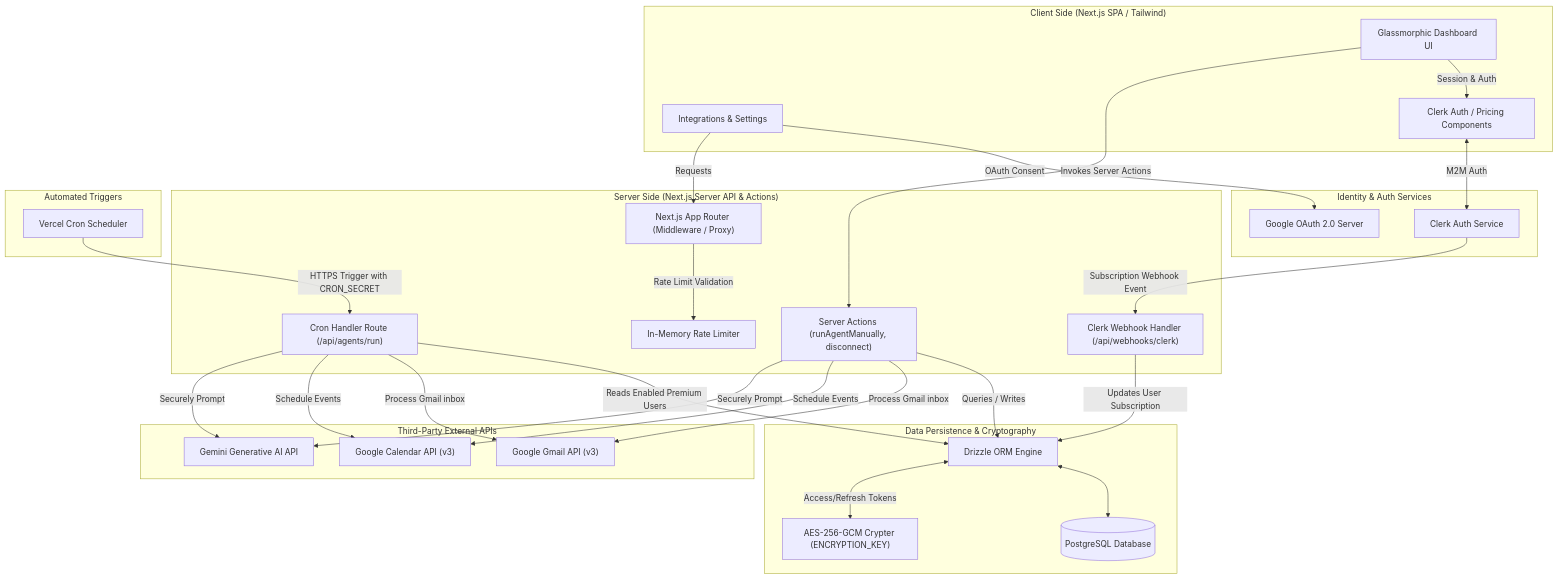
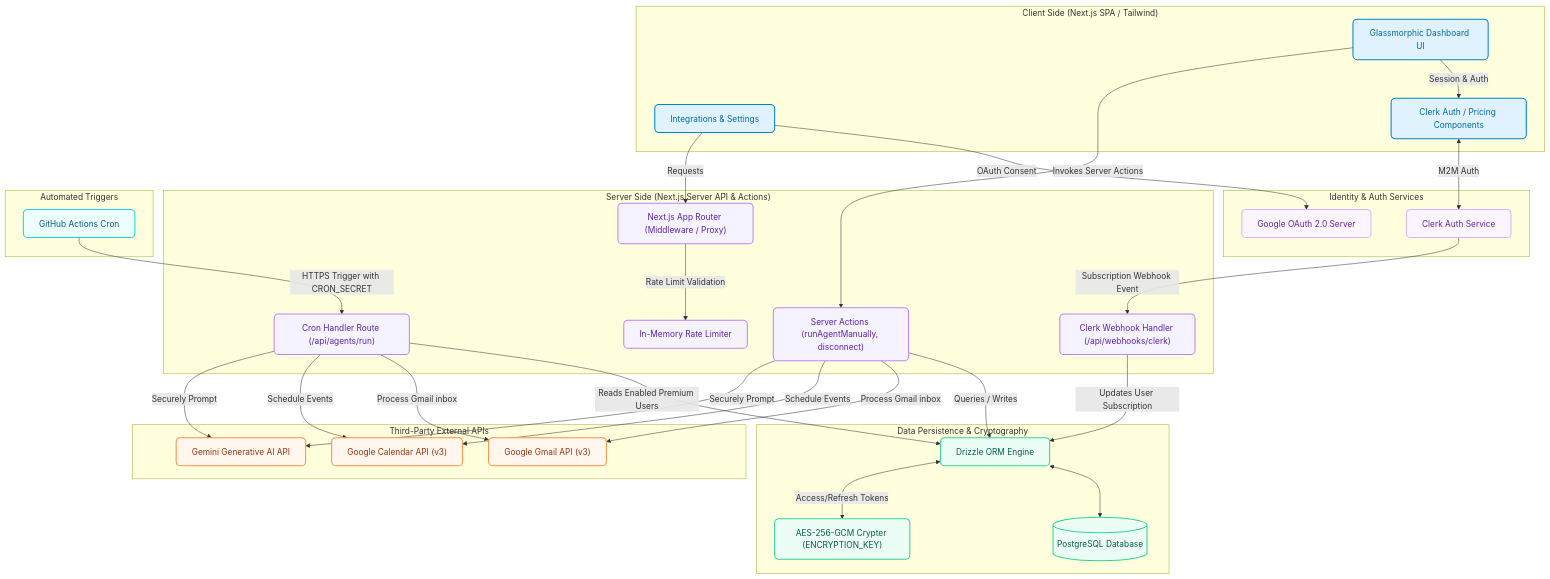
Before and after one commit to ankitkuniyal/Operyn: the first of 3 diagrams in README.md, drawn with Mermaid. The commit also changed other lines of this file and 2 other files, not shown here.

Commit message:
docs: add system design documentation and migrate cron scheduling to GitHub Actions

````diff
--- a/README.md
+++ b/README.md
@@ -41,65 +44,80 @@
 ```mermaid
 graph TB
     subgraph Client_Side ["Client Side (Next.js SPA / Tailwind)"]
         UI["Glassmorphic Dashboard UI"]
         Forms["Integrations & Settings"]
         ClerkUI["Clerk Auth / Pricing Components"]
     end
 
     subgraph Authentication ["Identity & Auth Services"]
         ClerkSrv["Clerk Auth Service"]
         GoogleOAuth["Google OAuth 2.0 Server"]
     end
 
     subgraph Server_Side ["Server Side (Next.js Server API & Actions)"]
         Router["Next.js App Router (Middleware / Proxy)"]
         Actions["Server Actions (runAgentManually, disconnect)"]
         Webhooks["Clerk Webhook Handler (/api/webhooks/clerk)"]
         CronRoute["Cron Handler Route (/api/agents/run)"]
         RateLimit["In-Memory Rate Limiter"]
     end
 
     subgraph Data_Layer ["Data Persistence & Cryptography"]
         Drizzle["Drizzle ORM Engine"]
         PostgresDB[("PostgreSQL Database")]
         Crypto["AES-256-GCM Crypter (ENCRYPTION_KEY)"]
     end
 
     subgraph Integrations ["Third-Party External APIs"]
         GeminiAI["Gemini Generative AI API"]
         GmailAPI["Google Gmail API (v3)"]
         CalendarAPI["Google Calendar API (v3)"]
     end
 
     subgraph Automation ["Automated Triggers"]
-        VercelCron["Vercel Cron Scheduler"]
+        GHCron["GitHub Actions Cron"]
     end
 
     %% Client and Auth Flows
     UI -->|Session & Auth| ClerkUI
     ClerkUI <-->|M2M Auth| ClerkSrv
     Forms -->|OAuth Consent| GoogleOAuth
 
     %% Client and Server Flows
     UI -->|Invokes Server Actions| Actions
     Forms -->|Requests| Router
     Router -->|Rate Limit Validation| RateLimit
 
     %% Webhook & Cron Flow
     ClerkSrv -->|Subscription Webhook Event| Webhooks
-    VercelCron -->|HTTPS Trigger with CRON_SECRET| CronRoute
+    GHCron -->|HTTPS Trigger with CRON_SECRET| CronRoute
 
     %% Server Logic and DB Layer
     Actions -->|Queries / Writes| Drizzle
     Webhooks -->|Updates User Subscription| Drizzle
     CronRoute -->|Reads Enabled Premium Users| Drizzle
     Drizzle <--> PostgresDB
     
     %% Encryption Flow
     Drizzle <-->|Access/Refresh Tokens| Crypto
 
     %% External Processing
     CronRoute & Actions -->|Process Gmail inbox| GmailAPI
     CronRoute & Actions -->|Schedule Events| CalendarAPI
     CronRoute & Actions -->|Securely Prompt| GeminiAI
+
+    %% Style definitions
+    classDef client fill:#e0f2fe,stroke:#0284c7,stroke-width:2px,rx:8px,ry:8px,color:#0369a1;
+    classDef auth fill:#faf5ff,stroke:#d8b4fe,stroke-width:2px,rx:8px,ry:8px,color:#6b21a8;
+    classDef server fill:#f5f3ff,stroke:#c084fc,stroke-width:2px,rx:8px,ry:8px,color:#5b21b6;
+    classDef database fill:#ecfdf5,stroke:#34d399,stroke-width:2px,rx:8px,ry:8px,color:#065f46;
+    classDef external fill:#fff7ed,stroke:#fb923c,stroke-width:2px,rx:8px,ry:8px,color:#9a3412;
+    classDef automation fill:#ecfeff,stroke:#22d3ee,stroke-width:2px,rx:8px,ry:8px,color:#075985;
+    
+    class UI,Forms,ClerkUI client;
+    class ClerkSrv,GoogleOAuth auth;
+    class Router,Actions,Webhooks,CronRoute,RateLimit server;
+    class Drizzle,PostgresDB,Crypto database;
+    class GeminiAI,GmailAPI,CalendarAPI external;
+    class GHCron automation;
 ```
````
